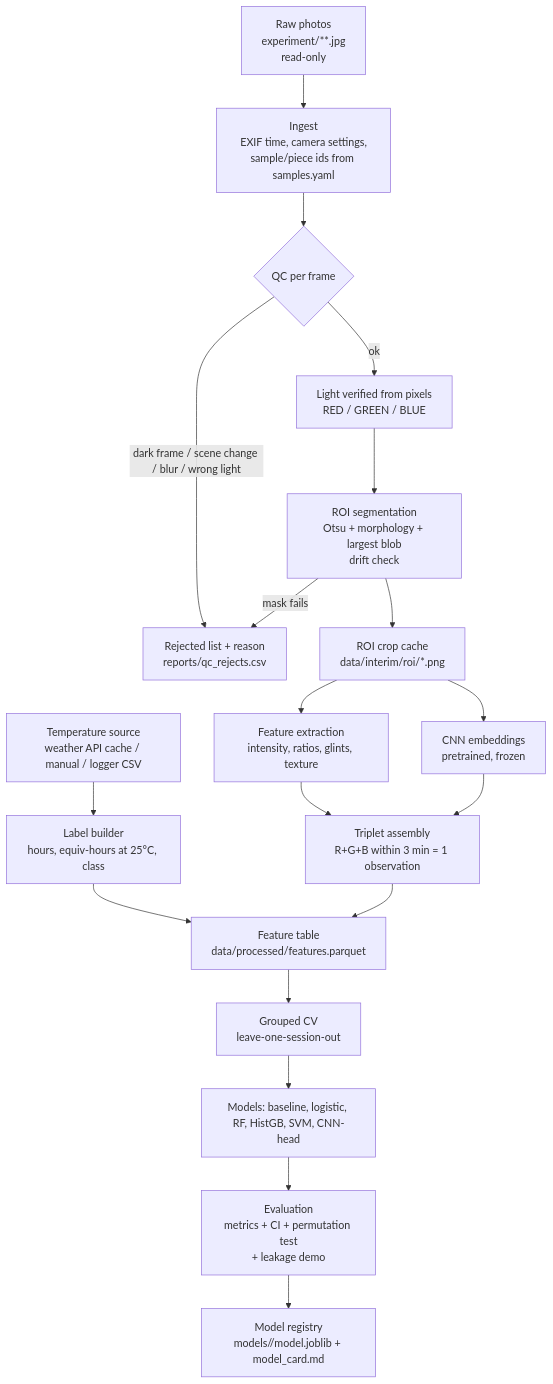
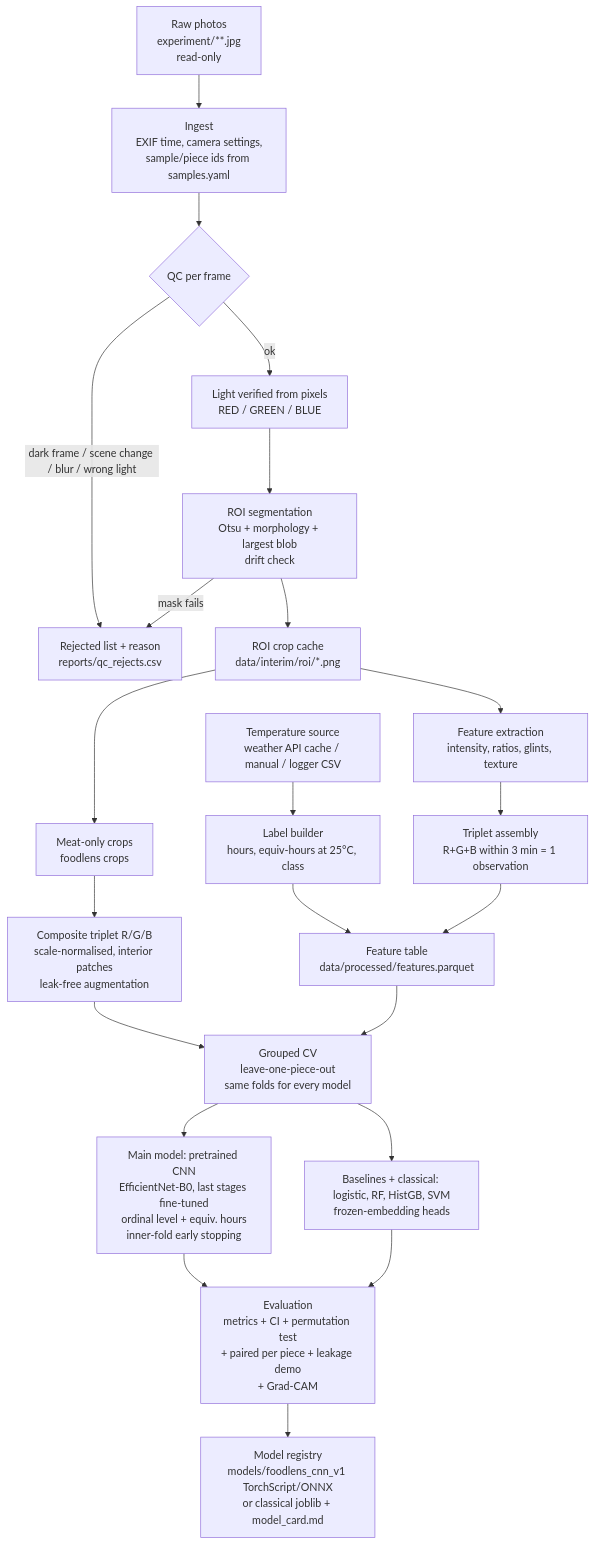
Before and after one commit to tusaryan/FoodLens: the first of 3 diagrams in docs/03_ARCHITECTURE.md, drawn with Mermaid. The commit also changed other lines of this file and 21 other files, not shown here.

````diff
--- a/docs/03_ARCHITECTURE.md
+++ b/docs/03_ARCHITECTURE.md
@@ -14,21 +14,24 @@
 ```mermaid
 flowchart TD
   A[Raw photos<br/>experiment/**.jpg<br/>read-only] --> B[Ingest<br/>EXIF time, camera settings,<br/>sample/piece ids from samples.yaml]
   T[Temperature source<br/>weather API cache / manual / logger CSV] --> L
   B --> C{QC per frame}
   C -->|dark frame / scene change / blur / wrong light| X[Rejected list + reason<br/>reports/qc_rejects.csv]
   C -->|ok| D[Light verified from pixels<br/>RED / GREEN / BLUE]
   D --> E[ROI segmentation<br/>Otsu + morphology + largest blob<br/>drift check]
   E -->|mask fails| X
   E --> F[ROI crop cache<br/>data/interim/roi/*.png]
   F --> G[Feature extraction<br/>intensity, ratios, glints, texture]
-  F --> H[CNN embeddings<br/>pretrained, frozen]
+  F --> H[Meat-only crops<br/>foodlens crops]
+  H --> H2[Composite triplet R/G/B<br/>scale-normalised, interior patches<br/>leak-free augmentation]
   G --> I[Triplet assembly<br/>R+G+B within 3 min = 1 observation]
-  H --> I
+  H2 --> K
   L[Label builder<br/>hours, equiv-hours at 25°C, class] --> J
   I --> J[Feature table<br/>data/processed/features.parquet]
-  J --> K[Grouped CV<br/>leave-one-session-out]
-  K --> M[Models: baseline, logistic, RF, HistGB, SVM, CNN-head]
-  M --> N[Evaluation<br/>metrics + CI + permutation test<br/>+ leakage demo]
-  N --> O[Model registry<br/>models/<version>/model.joblib + model_card.md]
+  J --> K[Grouped CV<br/>leave-one-piece-out<br/>same folds for every model]
+  K --> M[Baselines + classical: logistic, RF, HistGB, SVM<br/>frozen-embedding heads]
+  K --> CNN[Main model: pretrained CNN<br/>EfficientNet-B0, last stages fine-tuned<br/>ordinal level + equiv. hours<br/>inner-fold early stopping]
+  CNN --> N
+  M --> N[Evaluation<br/>metrics + CI + permutation test<br/>+ paired per piece + leakage demo<br/>+ Grad-CAM]
+  N --> O[Model registry<br/>models/foodlens_cnn_v1 TorchScript/ONNX<br/>or classical joblib + model_card.md]
 ```
````
